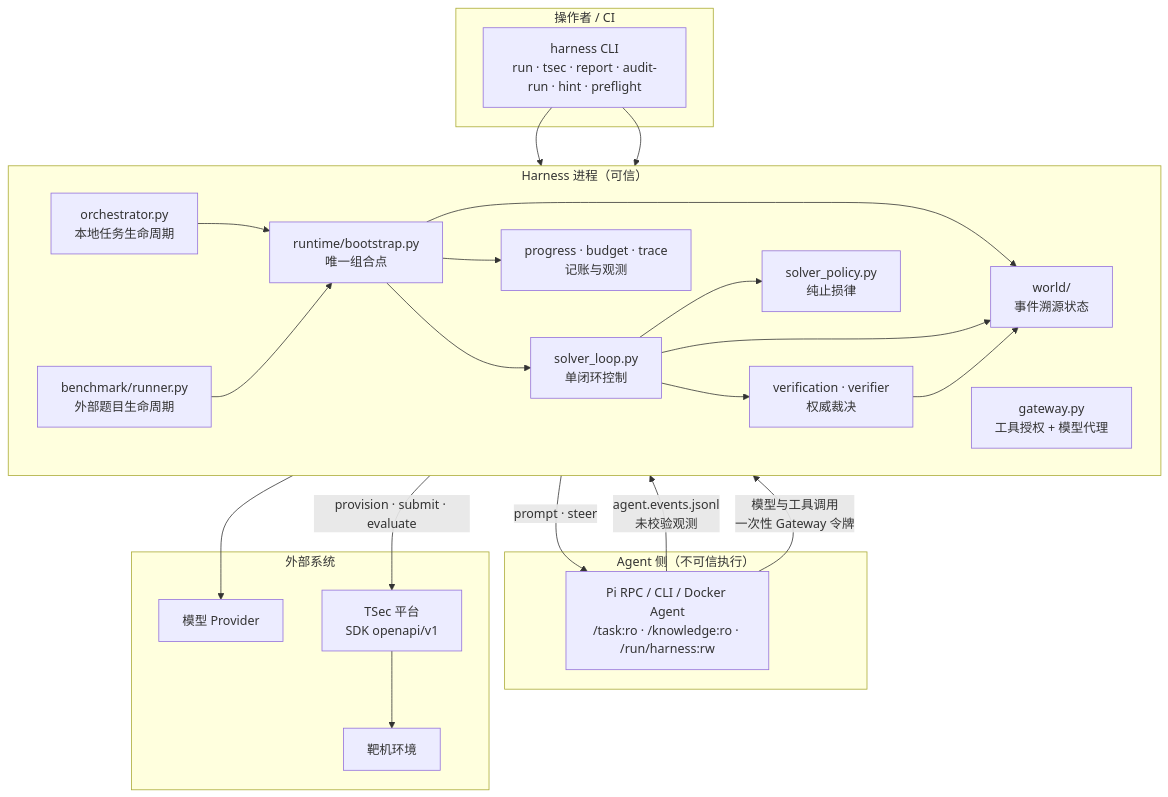
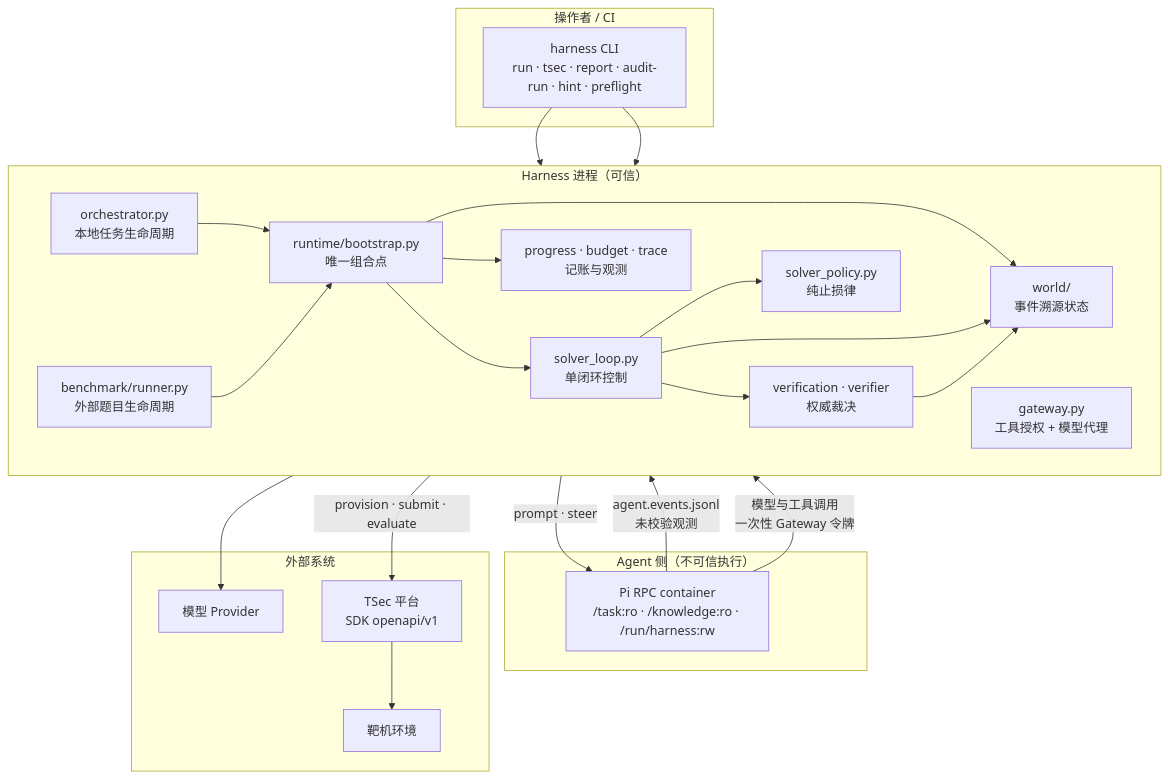
Before and after one commit to red-copilot/red-copilot: the first of 5 diagrams in docs/architecture-map.md, drawn with Mermaid. The commit also changed 80 other files, not shown here.

First line of the commit message:
refactor(pi): keep only container rpc

````diff
--- a/docs/architecture-map.md
+++ b/docs/architecture-map.md
@@ -17,47 +17,47 @@
 ```mermaid
 flowchart TB
     subgraph ops["操作者 / CI"]
         CLI["harness CLI<br/>run · tsec · report · audit-run · hint · preflight"]
     end
 
     subgraph host["Harness 进程（可信）"]
         direction LR
         ORCH["orchestrator.py<br/>本地任务生命周期"]
         BRN["benchmark/runner.py<br/>外部题目生命周期"]
         BOOT["runtime/bootstrap.py<br/>唯一组合点"]
         LOOP["solver_loop.py<br/>单闭环控制"]
         POLICY["solver_policy.py<br/>纯止损律"]
         WORLD["world/<br/>事件溯源状态"]
         ACCT["progress · budget · trace<br/>记账与观测"]
         VER["verification · verifier<br/>权威裁决"]
         GW["gateway.py<br/>工具授权 + 模型代理"]
         ORCH --> BOOT
         BRN --> BOOT
         BOOT --> WORLD
         BOOT --> ACCT
         BOOT --> LOOP
         LOOP --> POLICY
         LOOP --> WORLD
         LOOP --> VER
         VER --> WORLD
     end
 
     subgraph untrusted["Agent 侧（不可信执行）"]
-        AG["Pi RPC / CLI / Docker Agent<br/>/task:ro · /knowledge:ro · /run/harness:rw"]
+        AG["Pi RPC container<br/>/task:ro · /knowledge:ro · /run/harness:rw"]
     end
 
     subgraph ext["外部系统"]
         MODEL["模型 Provider"]
         PLAT["TSec 平台<br/>SDK openapi/v1"]
         TARGET["靶机环境"]
     end
 
     CLI --> ORCH
     CLI --> BRN
     LOOP -->|"prompt · steer"| AG
     AG -->|"agent.events.jsonl<br/>未校验观测"| LOOP
     AG -->|"模型与工具调用<br/>一次性 Gateway 令牌"| GW
     GW --> MODEL
     BRN -->|"provision · submit · evaluate"| PLAT
     PLAT --> TARGET
 ```
````
